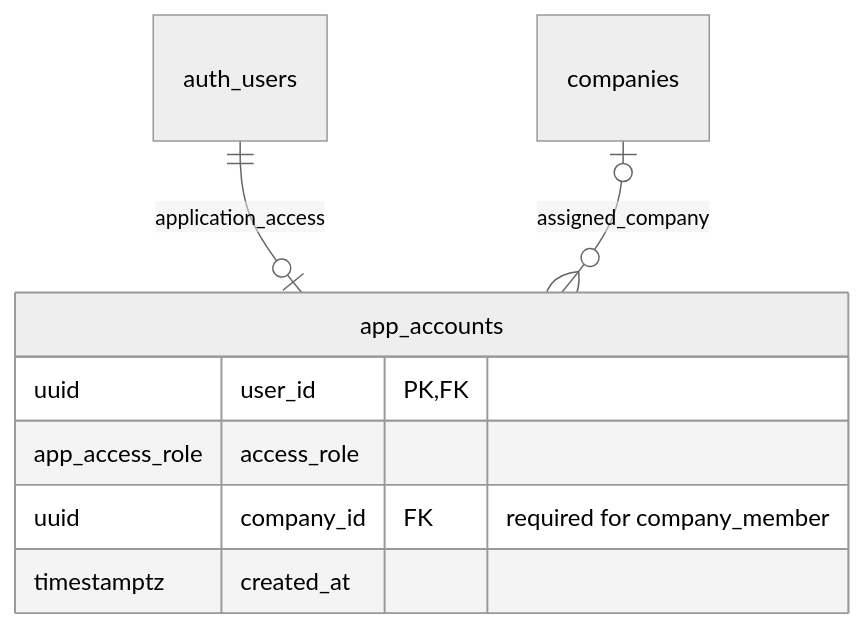
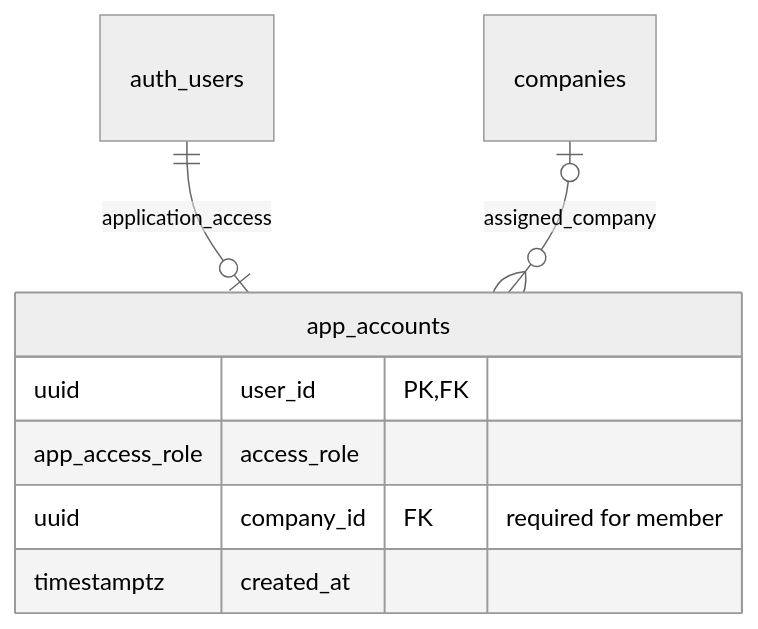
The diagram in docs/access_control.md (qwercxzsda/A-SelBox), drawn with Mermaid (neutral theme) before and after one commit. The commit also changed other lines of this file and 291 other files, not shown here.

````diff
--- a/docs/access_control.md
+++ b/docs/access_control.md
@@ -11,11 +12,11 @@
 ```mermaid
 erDiagram
     auth_users ||--o| app_accounts : application_access
     companies o|--o{ app_accounts : assigned_company
     app_accounts {
         uuid user_id PK,FK
         app_access_role access_role
-        uuid company_id FK "required for company_member"
+        uuid company_id FK "required for member"
         timestamptz created_at
     }
 ```
````
